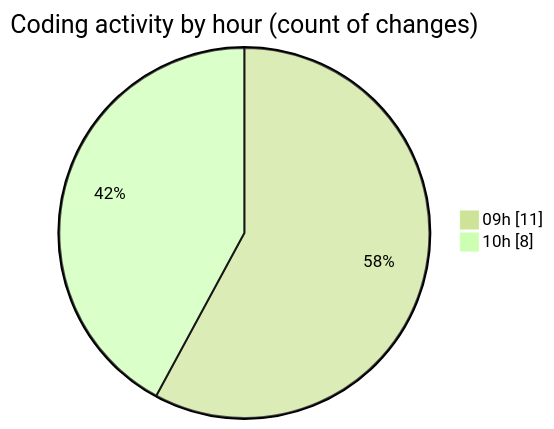
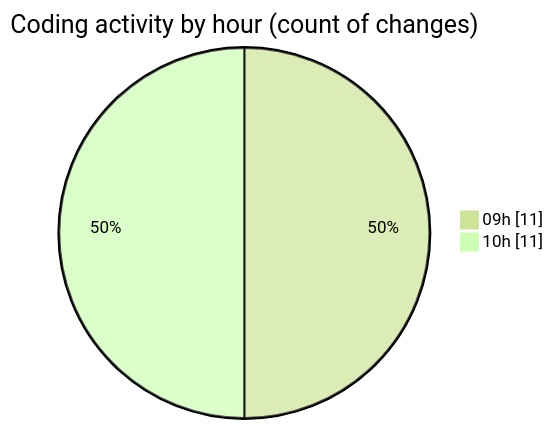
One commit to momahboobian/code-tracking changed the second of 2 diagrams in 2025-06-24/cda/README.md. Above: the diagram before and after it, drawn with Mermaid (forest theme). The commit also changed other lines of this file and 1 other file, not shown here.

````diff
--- a/2025-06-24/cda/README.md
+++ b/2025-06-24/cda/README.md
@@ -28,6 +28,6 @@
 ```mermaid
 pie showData
 title Coding activity by hour (count of changes)
 "09h" : 11
-"10h" : 8
+"10h" : 11
 ```
````
